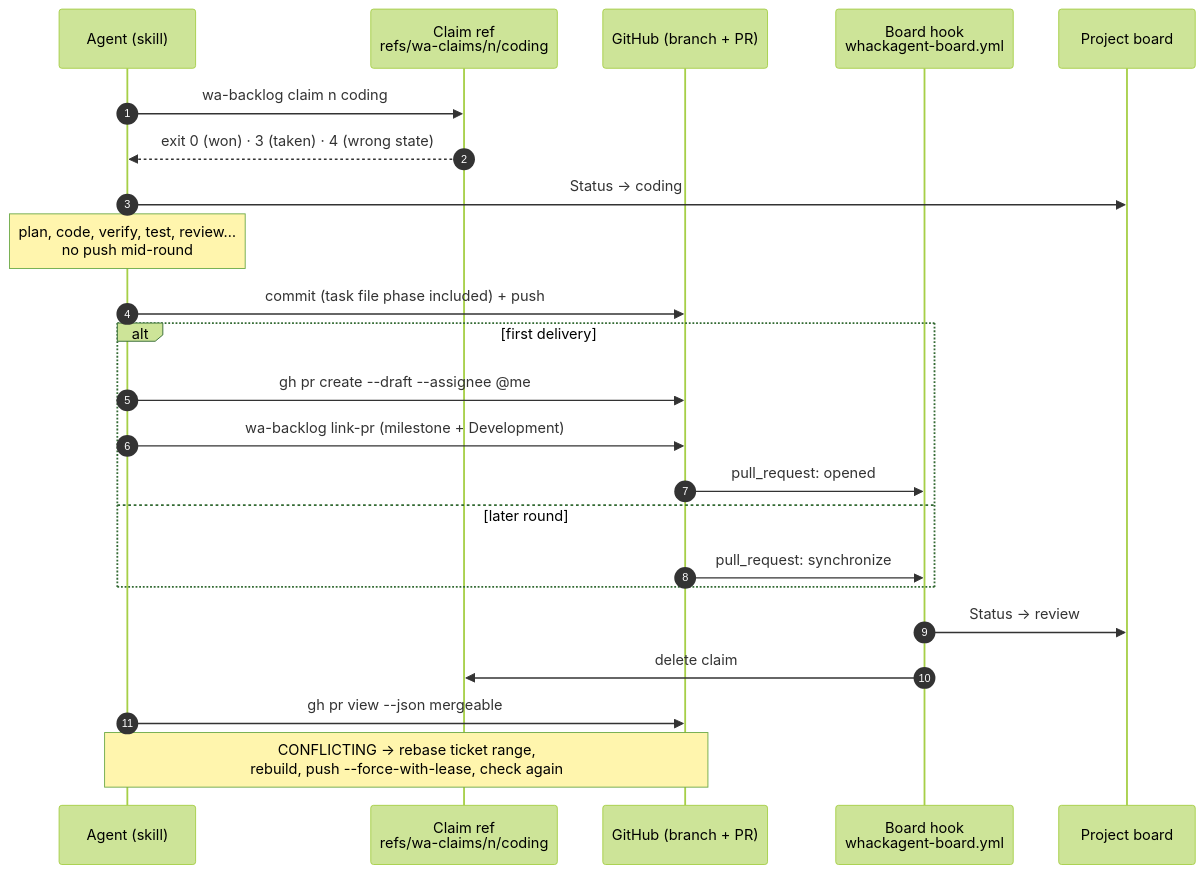
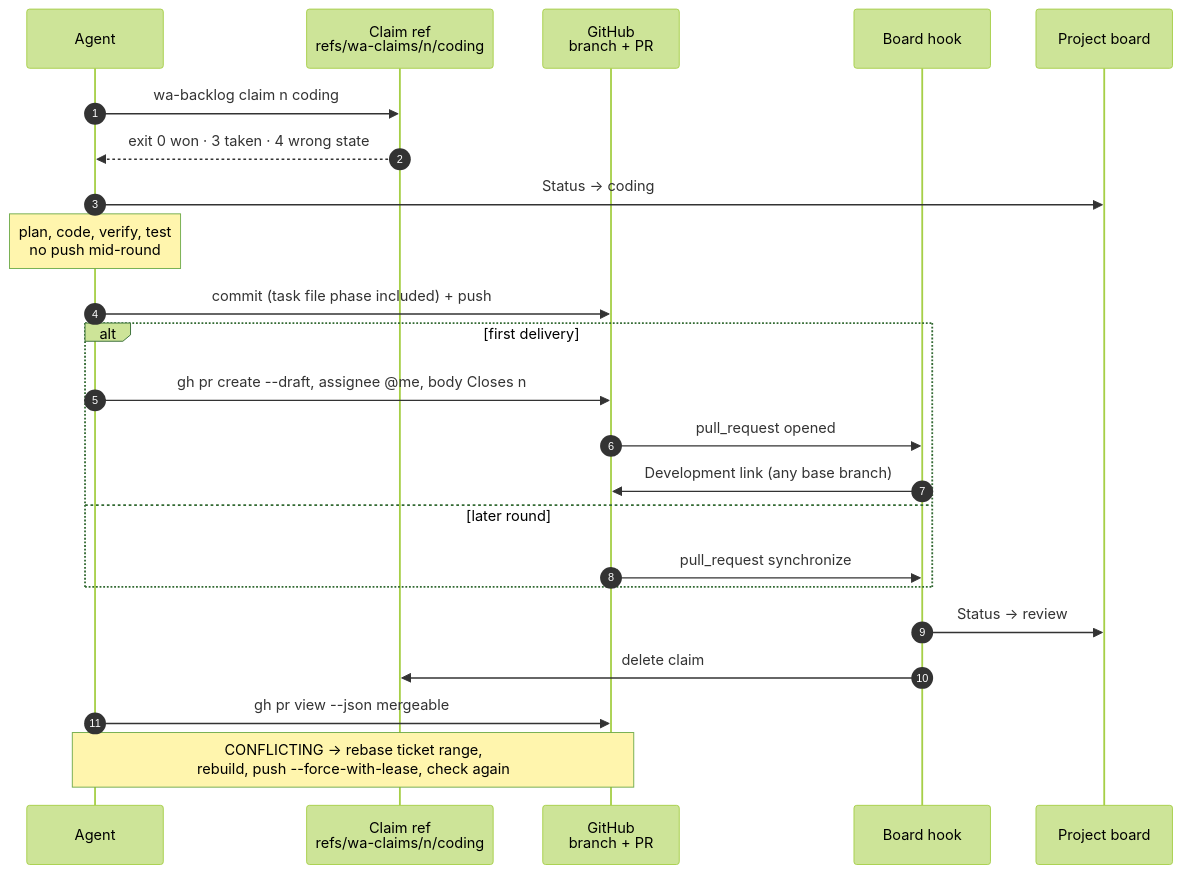
Before and after one commit to rlatapy-luna/whackagent: the fourth of 7 diagrams in WORKFLOW.md, drawn with Mermaid (forest theme). The commit also changed other lines of this file and 30 other files, not shown here.

````diff
--- a/WORKFLOW.md
+++ b/WORKFLOW.md
@@ -54,26 +130,26 @@
 ```mermaid
 sequenceDiagram
     autonumber
-    participant A as Agent (skill)
+    participant A as Agent
     participant C as Claim ref<br/>refs/wa-claims/n/coding
-    participant G as GitHub (branch + PR)
-    participant H as Board hook<br/>whackagent-board.yml
+    participant G as GitHub<br/>branch + PR
+    participant H as Board hook
     participant B as Project board
 
     A->>C: wa-backlog claim n coding
-    C-->>A: exit 0 (won) · 3 (taken) · 4 (wrong state)
+    C-->>A: exit 0 won · 3 taken · 4 wrong state
     A->>B: Status → coding
-    Note over A: plan, code, verify, test, review…<br/>no push mid-round
+    Note over A: plan, code, verify, test<br/>no push mid-round
     A->>G: commit (task file phase included) + push
     alt first delivery
-        A->>G: gh pr create --draft --assignee @me
-        A->>G: wa-backlog link-pr (milestone + Development)
-        G->>H: pull_request: opened
+        A->>G: gh pr create --draft, assignee @me, body Closes n
+        G->>H: pull_request opened
+        H->>G: Development link (any base branch)
     else later round
-        G->>H: pull_request: synchronize
+        G->>H: pull_request synchronize
     end
     H->>B: Status → review
     H->>C: delete claim
     A->>G: gh pr view --json mergeable
     Note over A,G: CONFLICTING → rebase ticket range,<br/>rebuild, push --force-with-lease, check again
 ```
````
